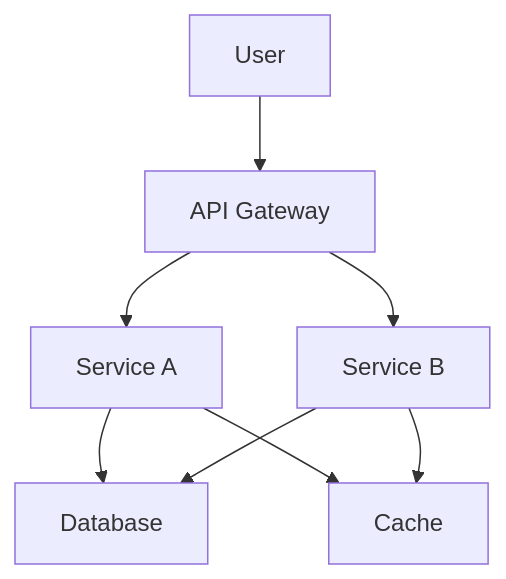
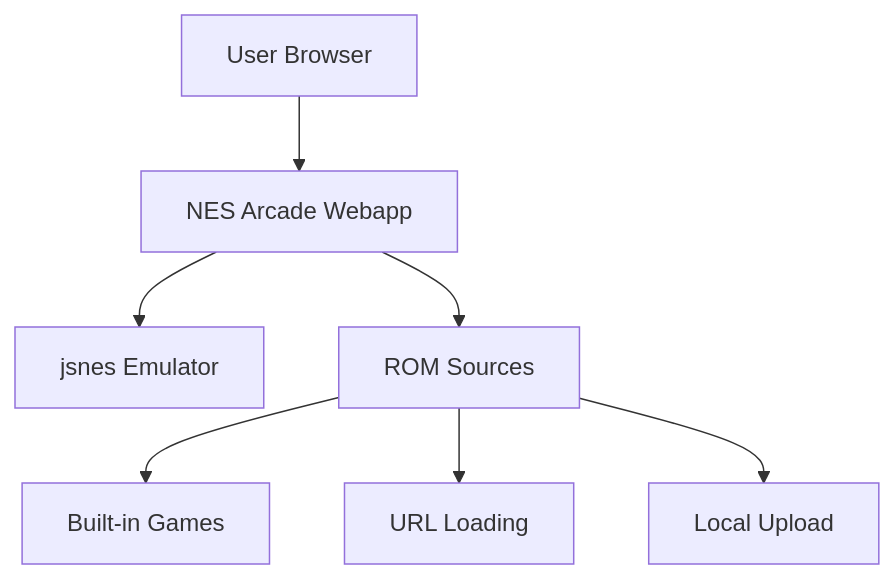
One commit to ellickjohnson/arcade-webapp changed the diagram in README.md. Above: the diagram before and after it, drawn with Mermaid. The commit also changed other lines of this file, not shown here.

First line of the commit message:
Convert to NES emulator with jsnes integration

````diff
--- a/README.md
+++ b/README.md
@@ -11,10 +21,9 @@
 ```mermaid
 graph TD
-    A[User] --> B[API Gateway]
-    B --> C[Service A]
-    B --> D[Service B]
-    C --> E[Database]
-    D --> E
-    C --> F[Cache]
-    D --> F
+    A[User Browser] --> B[NES Arcade Webapp]
+    B --> C[jsnes Emulator]
+    B --> D[ROM Sources]
+    D --> E[Built-in Games]
+    D --> F[URL Loading]
+    D --> G[Local Upload]
 ```
````
